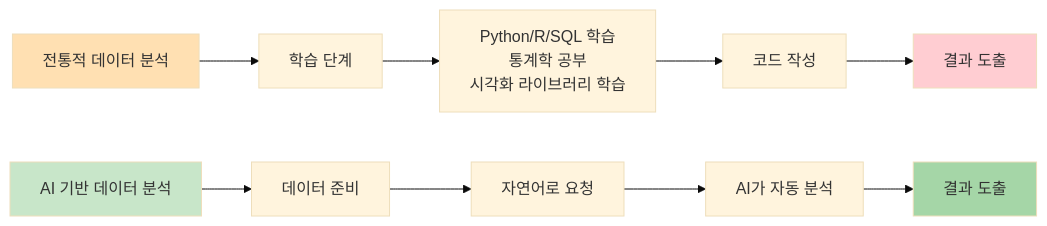
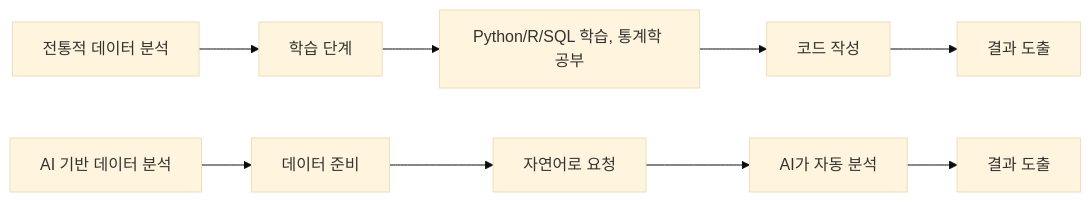
Before and after one commit to nugurejeil/weniVooks: the first of 8 diagrams in _md/genai-notion/chapter04/04-3.md, drawn with Mermaid (base theme). The commit also changed other lines of this file and 187 other files, not shown here.

````diff
--- a/_md/genai-notion/chapter04/04-3.md
+++ b/_md/genai-notion/chapter04/04-3.md
@@ -13,17 +17,12 @@
 ```mermaid
 graph LR
-    A[전통적 데이터 분석] --> B[학습 단계]
-    B --> C[Python/R/SQL 학습<br/>통계학 공부<br/>시각화 라이브러리 학습]
-    C --> D[코드 작성]
-    D --> E[결과 도출]
+    A["전통적 데이터 분석"] --> B["학습 단계"]
+    B --> C["Python/R/SQL 학습, 통계학 공부"]
+    C --> D["코드 작성"]
+    D --> E["결과 도출"]
 
-    F[AI 기반 데이터 분석] --> G[데이터 준비]
-    G --> H[자연어로 요청]
-    H --> I[AI가 자동 분석]
-    I --> J[결과 도출]
-
-    style A fill:#FFE0B2
-    style F fill:#C8E6C9
-    style E fill:#FFCDD2
-    style J fill:#A5D6A7
+    F["AI 기반 데이터 분석"] --> G["데이터 준비"]
+    G --> H["자연어로 요청"]
+    H --> I["AI가 자동 분석"]
+    I --> J["결과 도출"]
 ```
````
